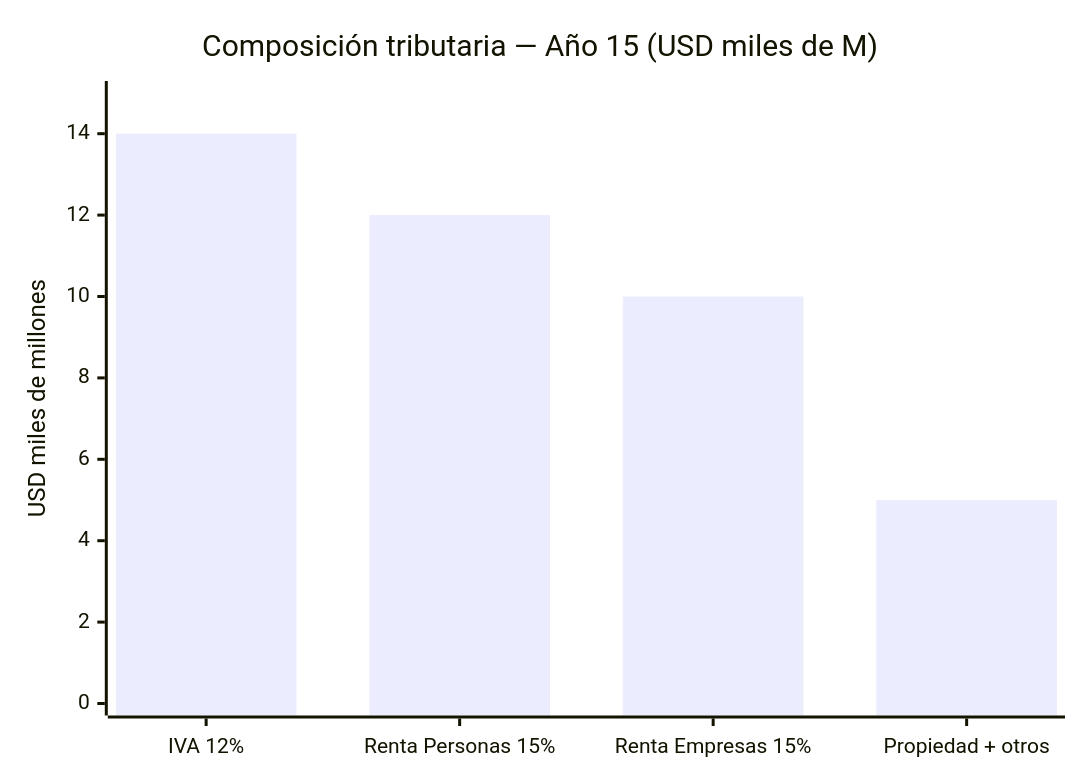
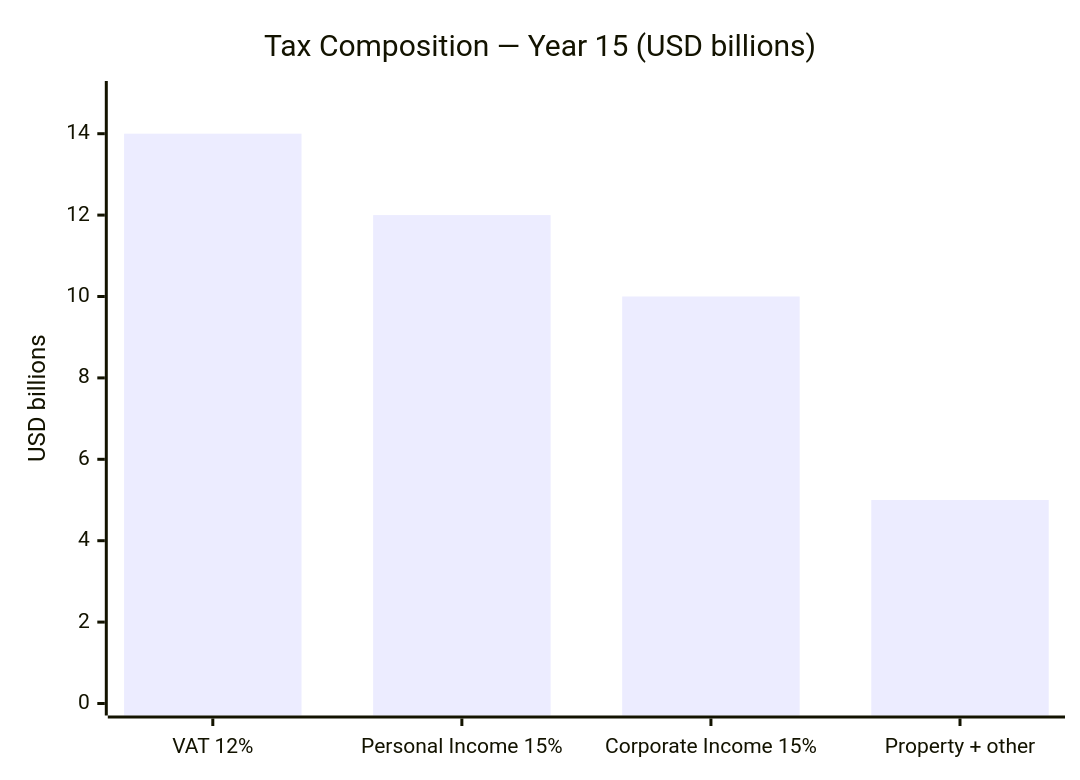
Before and after one commit to Venezuela-S-A/venezuela-sa: the seventh of 14 diagrams in i18n/en/docusaurus-plugin-content-docs/current/04-gobernanza/modelo-estado.md, drawn with Mermaid. The commit also changed other lines of this file and 127 other files, not shown here.

````diff
--- a/i18n/en/docusaurus-plugin-content-docs/current/04-gobernanza/modelo-estado.md
+++ b/i18n/en/docusaurus-plugin-content-docs/current/04-gobernanza/modelo-estado.md
@@ -168,7 +545,7 @@
 ```mermaid
 xychart-beta
-    title "Composición tributaria — Año 15 (USD miles de M)"
-    x-axis ["IVA 12%", "Renta Personas 15%", "Renta Empresas 15%", "Propiedad + otros"]
-    y-axis "USD miles de millones" 0 --> 15
+    title "Tax Composition — Year 15 (USD billions)"
+    x-axis ["VAT 12%", "Personal Income 15%", "Corporate Income 15%", "Property + other"]
+    y-axis "USD billions" 0 --> 15
     bar [14, 12, 10, 5]
 ```
````
